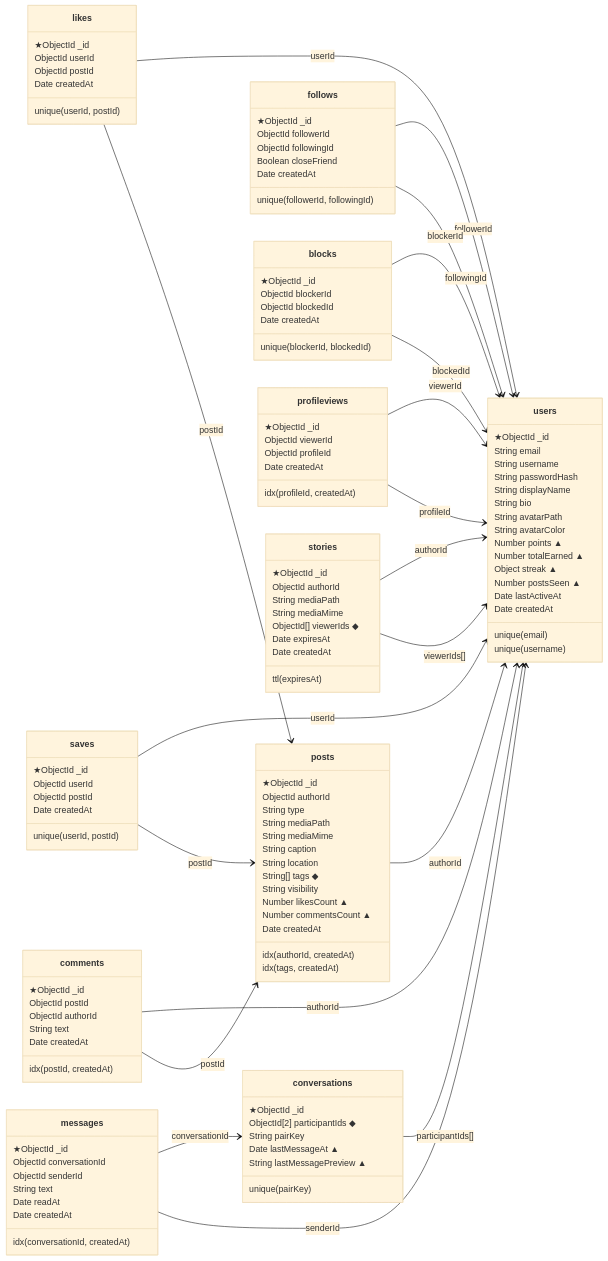
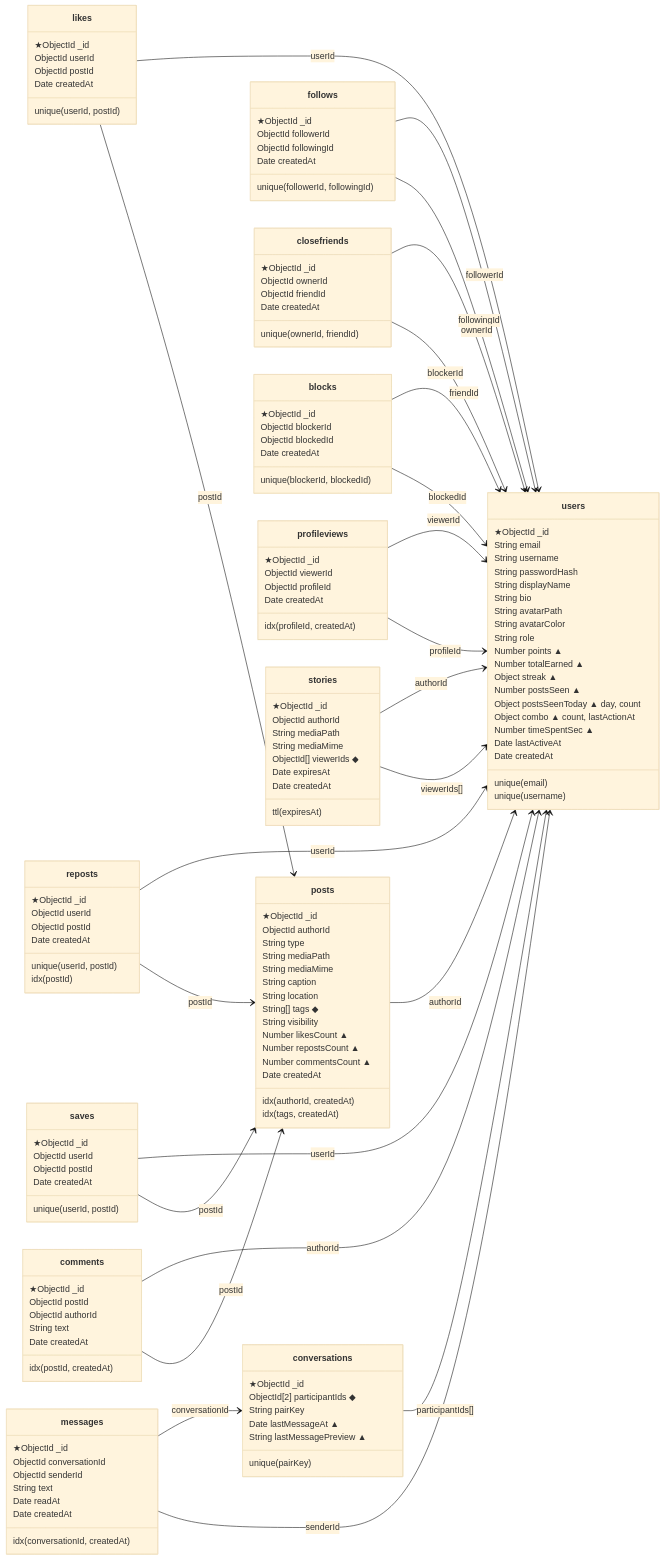
The fifth of 6 diagrams in docs/db/merise.md (Kyliantvv/detox-app), drawn with Mermaid (base theme) before and after one commit. The commit also changed other lines of this file and 24 other files, not shown here.

```diff
--- a/docs/db/merise.md
+++ b/docs/db/merise.md
@@ -369,10 +392,14 @@
   String bio
   String avatarPath
   String avatarColor
+  String role
   Number points ▲
   Number totalEarned ▲
   Object streak ▲
   Number postsSeen ▲
+  Object postsSeenToday ▲ day, count
+  Object combo ▲ count, lastActionAt
+  Number timeSpentSec ▲
   Date lastActiveAt
   Date createdAt
   unique(email)
@@ -387,6 +414,7 @@
   String[] tags ◆
   String visibility
   Number likesCount ▲
+  Number repostsCount ▲
   Number commentsCount ▲
   Date createdAt
   idx(authorId, createdAt)
@@ -396,6 +424,12 @@
   ObjectId postId
   Date createdAt
   unique(userId, postId) }
+class reposts { ★ObjectId _id
+  ObjectId userId
+  ObjectId postId
+  Date createdAt
+  unique(userId, postId)
+  idx(postId) }
 class saves { ★ObjectId _id
   ObjectId userId
   ObjectId postId
@@ -410,9 +444,13 @@
 class follows { ★ObjectId _id
   ObjectId followerId
   ObjectId followingId
-  Boolean closeFriend
   Date createdAt
   unique(followerId, followingId) }
+class closefriends { ★ObjectId _id
+  ObjectId ownerId
+  ObjectId friendId
+  Date createdAt
+  unique(ownerId, friendId) }
 class blocks { ★ObjectId _id
   ObjectId blockerId
   ObjectId blockedId
@@ -447,12 +485,16 @@
 posts --> users : authorId
 likes --> users : userId
 likes --> posts : postId
+reposts --> users : userId
+reposts --> posts : postId
 saves --> users : userId
 saves --> posts : postId
 comments --> users : authorId
 comments --> posts : postId
 follows --> users : followerId
 follows --> users : followingId
+closefriends --> users : ownerId
+closefriends --> users : friendId
 blocks --> users : blockerId
 blocks --> users : blockedId
 profileviews --> users : viewerId
```
